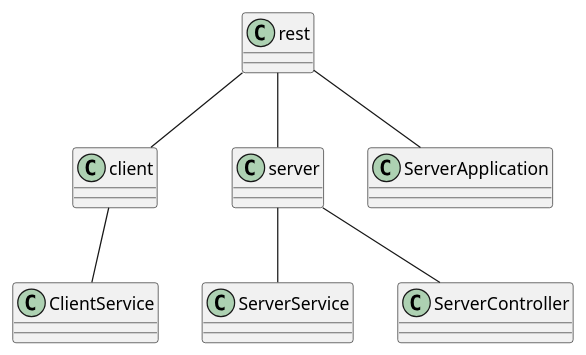
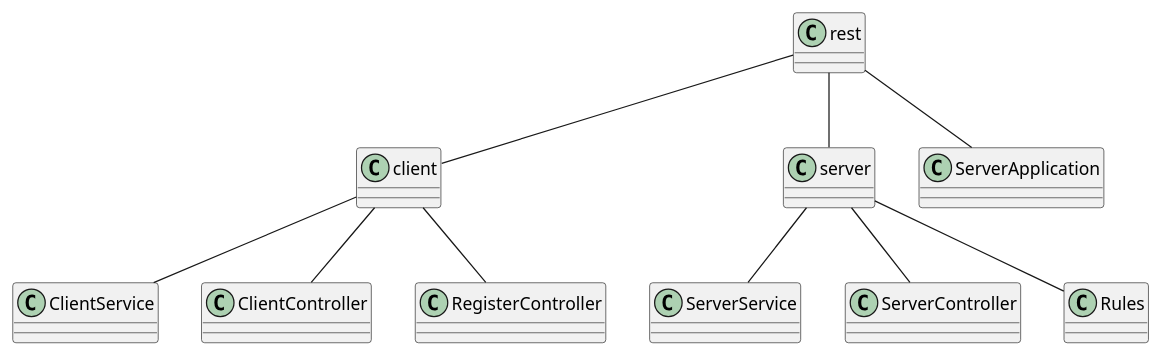
One commit to Madt2/IT1901-Prosjekt-host-2021 changed the diagram in docs/diagrams/restDiagram.puml. Above: the diagram before and after it, drawn with PlantUML. The commit also changed 3 other files, not shown here.

Commit message:
Updated plant uml files

```diff
--- a/docs/diagrams/restDiagram.puml
+++ b/docs/diagrams/restDiagram.puml
@@ -1,11 +1,13 @@
 @startuml Core Diagram
 scale 1
 rest -- client
 rest -- server
+rest -- ServerApplication
 
-rest -- ServerApplication
 client -- ClientService
+client -- ClientController
+client -- RegisterController
 server -- ServerService
 server -- ServerController
-
+server -- Rules
 @enduml
```
